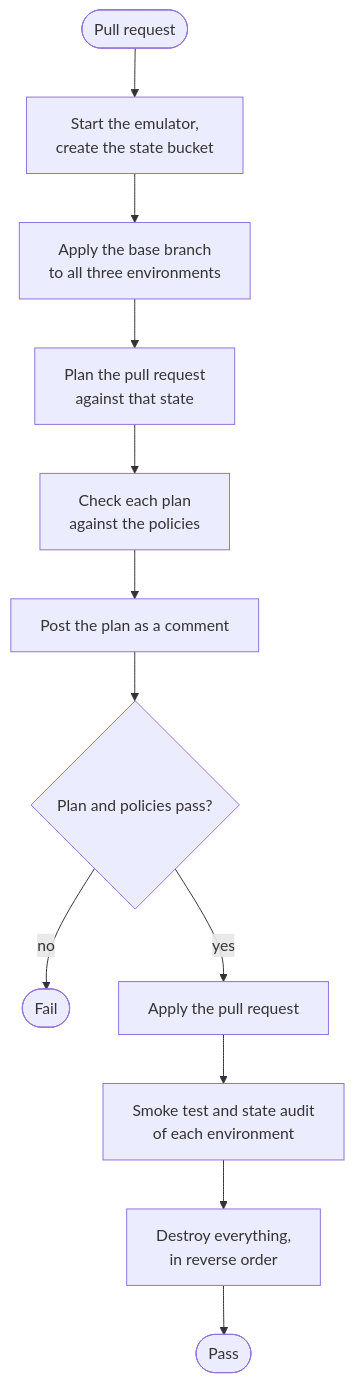
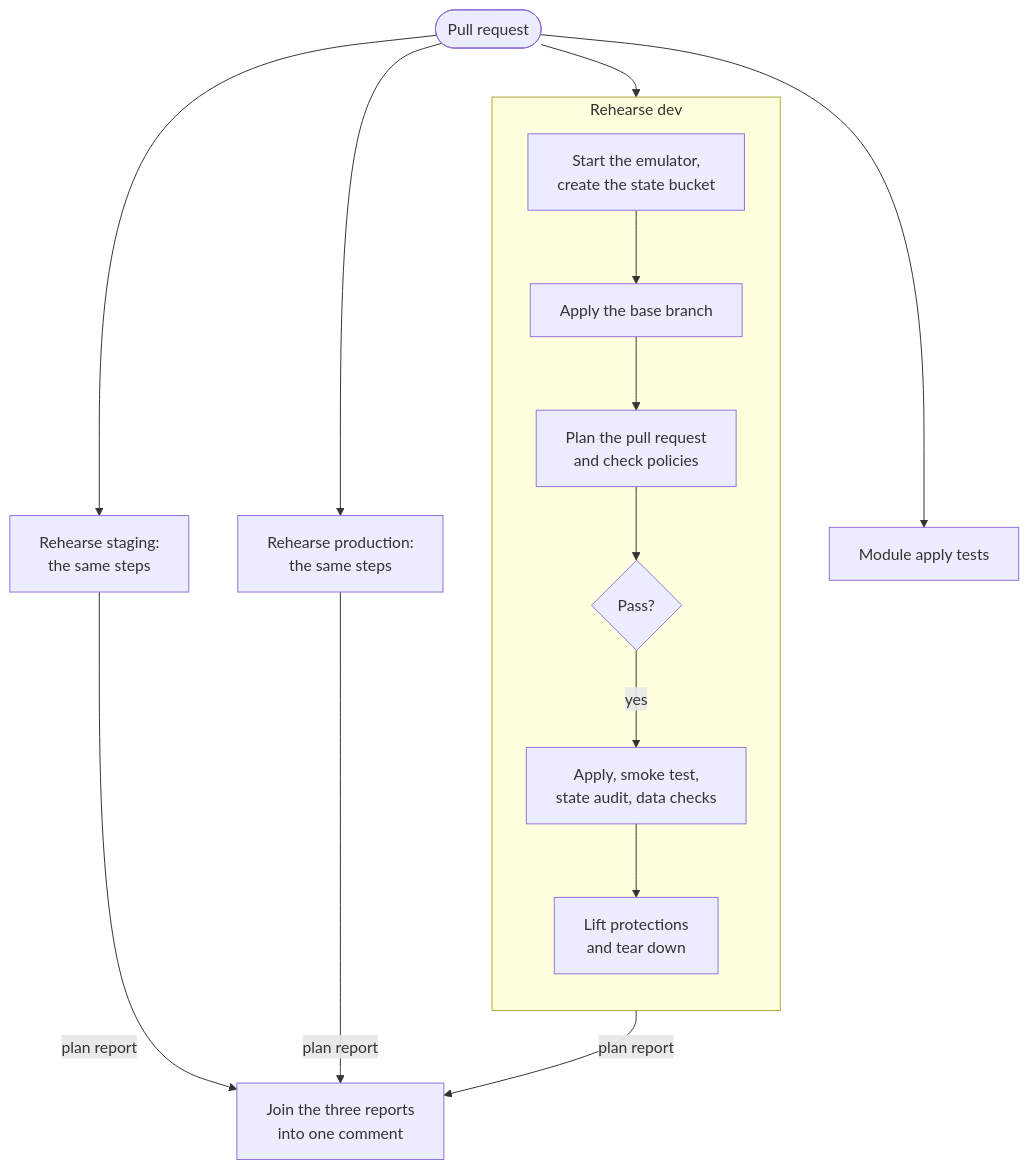
Before and after one commit to Akinz-bobo/meridian-supply-platform: the first of 2 diagrams in docs/guides/pipeline.md, drawn with Mermaid. The commit also changed other lines of this file, not shown here.

Commit message:
docs(pipeline): describe the parallel rehearsal

````diff
--- a/docs/guides/pipeline.md
+++ b/docs/guides/pipeline.md
@@ -29,14 +31,20 @@
 ```mermaid
 flowchart TB
-    pr([Pull request]) --> up[Start the emulator,<br/>create the state bucket]
-    up --> base[Apply the base branch<br/>to all three environments]
-    base --> plan[Plan the pull request<br/>against that state]
-    plan --> policy[Check each plan<br/>against the policies]
-    policy --> comment[Post the plan as a comment]
-    comment --> gate{Plan and policies pass?}
-    gate -- no --> fail([Fail])
-    gate -- yes --> apply[Apply the pull request]
-    apply --> smoke[Smoke test and state audit<br/>of each environment]
-    smoke --> destroy[Destroy everything,<br/>in reverse order]
-    destroy --> pass([Pass])
+    pr([Pull request]) --> d1
+    pr --> stg[Rehearse staging:<br/>the same steps]
+    pr --> prod[Rehearse production:<br/>the same steps]
+    pr --> mt[Module apply tests]
+
+    subgraph rehearsal[Rehearse dev]
+        direction TB
+        d1[Start the emulator,<br/>create the state bucket] --> d2[Apply the base branch]
+        d2 --> d3[Plan the pull request<br/>and check policies]
+        d3 --> d4{Pass?}
+        d4 -- yes --> d5[Apply, smoke test,<br/>state audit, data checks]
+        d5 --> d6[Lift protections<br/>and tear down]
+    end
+
+    d3 -- plan report --> comment[Join the three reports<br/>into one comment]
+    stg -- plan report --> comment
+    prod -- plan report --> comment
 ```
````
